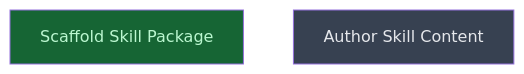
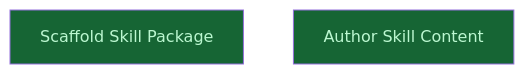
Before and after one commit to CrackingShells/cracking-shells-playbook: the diagram in __roadmap__/writing-history-skill/README.md, drawn with Mermaid. The commit also changed other lines of this file and 3 other files, not shown here.

````diff
--- a/__roadmap__/writing-history-skill/README.md
+++ b/__roadmap__/writing-history-skill/README.md
@@ -34,10 +34,10 @@
 ```mermaid
 graph TD
     scaffold_skill_package[Scaffold Skill Package]:::done
-    author[Author Skill Content]:::planned
+    author[Author Skill Content]:::done
     classDef done       fill:#166534,color:#bbf7d0
     classDef inprogress fill:#854d0e,color:#fef08a
     classDef planned    fill:#374151,color:#e5e7eb
     classDef amendment  fill:#1e3a5f,color:#bfdbfe
     classDef blocked    fill:#7f1d1d,color:#fecaca
 ```
````
